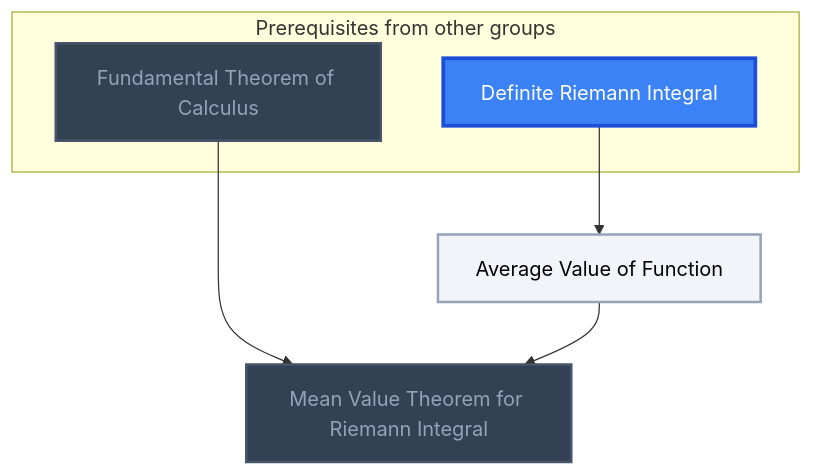
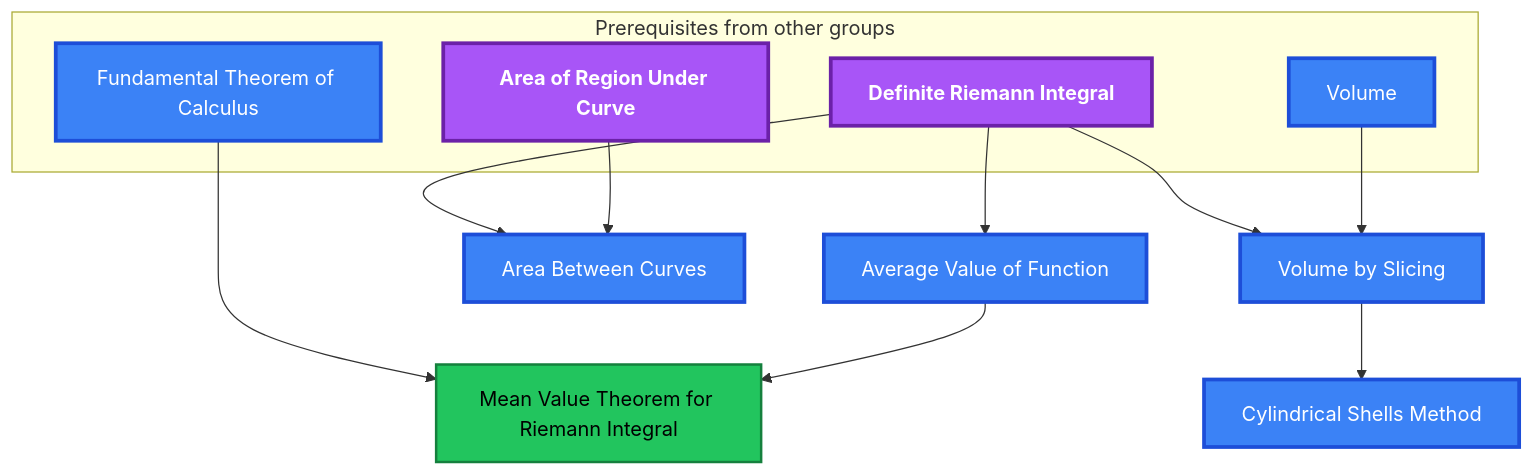
Before and after one commit to MRauf1/My-Notes: the fifth of 13 diagrams in Gamification/Skill Trees/Calculus.md, drawn with Mermaid. The commit also changed other lines of this file and 145 other files, not shown here.

````diff
--- a/Gamification/Skill Trees/Calculus.md
+++ b/Gamification/Skill Trees/Calculus.md
@@ -530,25 +562,35 @@
 ```mermaid
 flowchart TD
     classDef planned fill:#1E293B,stroke:#64748B,stroke-width:2px,stroke-dasharray:5 5,color:#94A3B8;
     classDef locked fill:#334155,stroke:#475569,stroke-width:2px,color:#94A3B8;
     classDef L0 fill:#F1F5F9,stroke:#94A3B8,stroke-width:2px,color:#000000;
     classDef L1 fill:#22C55E,stroke:#15803D,stroke-width:2px,color:#000000;
     classDef L2 fill:#3B82F6,stroke:#1D4ED8,stroke-width:3px,color:#FFFFFF;
     classDef L3 fill:#A855F7,stroke:#6B21A8,stroke-width:3px,color:#FFFFFF,font-weight:bold;
     classDef L4 fill:#F97316,stroke:#C2410C,stroke-width:4px,color:#000000,font-weight:bold;
     classDef L5 fill:#FFD700,stroke:#FF8C00,stroke-width:5px,color:#000000,font-weight:bold;
     classDef rusty stroke:#8B4513,stroke-width:4px,stroke-dasharray:3 3;
     subgraph sg_prereqs["Prerequisites from other groups"]
         n_definite_riemann_integral["Definite Riemann Integral"]
         n_fundamental_theorem_of_calculus["Fundamental Theorem of Calculus"]
+        n_area_of_region_under_curve["Area of Region Under Curve"]
+        n_volume["Volume"]
     end
     n_average_value_of_function["Average Value of Function"]
     n_mean_value_theorem_for_riemann_integral["Mean Value Theorem for Riemann Integral"]
+    n_area_between_curves["Area Between Curves"]
+    n_volume_by_slicing["Volume by Slicing"]
+    n_cylindrical_shells_method["Cylindrical Shells Method"]
     n_definite_riemann_integral --> n_average_value_of_function
     n_fundamental_theorem_of_calculus --> n_mean_value_theorem_for_riemann_integral
     n_average_value_of_function --> n_mean_value_theorem_for_riemann_integral
-    class n_fundamental_theorem_of_calculus,n_mean_value_theorem_for_riemann_integral locked;
-    class n_average_value_of_function L0;
-    class n_definite_riemann_integral L2;
-    class n_definite_riemann_integral,n_fundamental_theorem_of_calculus,n_average_value_of_function,n_mean_value_theorem_for_riemann_integral internal-link;
+    n_definite_riemann_integral --> n_area_between_curves
+    n_area_of_region_under_curve --> n_area_between_curves
+    n_definite_riemann_integral --> n_volume_by_slicing
+    n_volume --> n_volume_by_slicing
+    n_volume_by_slicing --> n_cylindrical_shells_method
+    class n_mean_value_theorem_for_riemann_integral L1;
+    class n_fundamental_theorem_of_calculus,n_volume,n_average_value_of_function,n_area_between_curves,n_volume_by_slicing,n_cylindrical_shells_method L2;
+    class n_definite_riemann_integral,n_area_of_region_under_curve L3;
+    class n_definite_riemann_integral,n_fundamental_theorem_of_calculus,n_area_of_region_under_curve,n_volume,n_average_value_of_function,n_mean_value_theorem_for_riemann_integral,n_area_between_curves,n_volume_by_slicing,n_cylindrical_shells_method internal-link;
 ```
````
